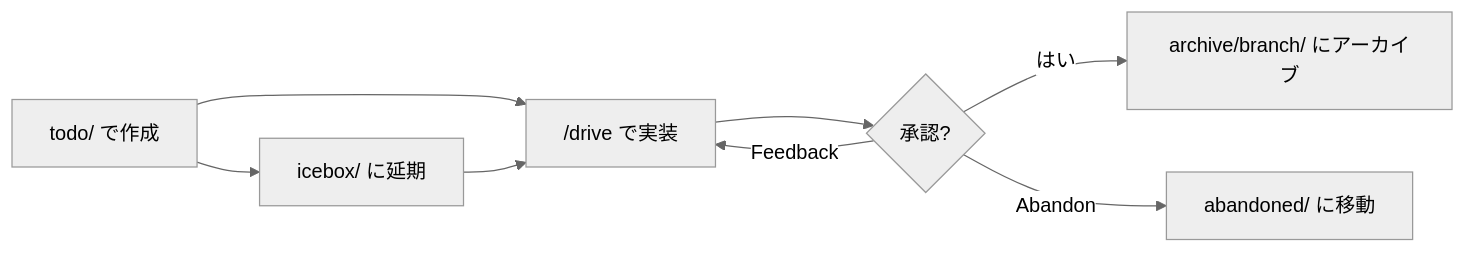
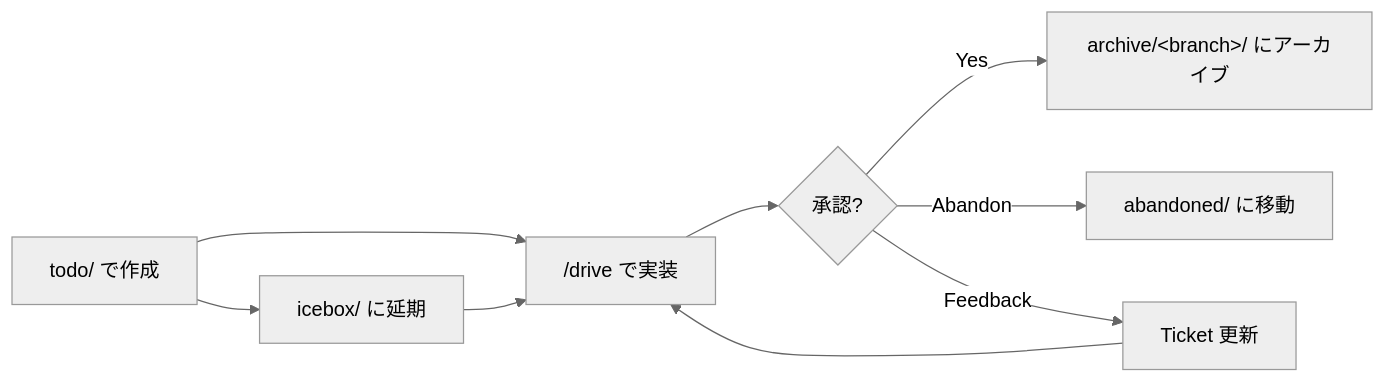
One commit to qmu/workaholic changed the third of 6 diagrams in .workaholic/specs/data_ja.md. Above: the diagram before and after it, drawn with Mermaid (neutral theme). The commit also changed other lines of this file and 42 other files, not shown here.

````diff
--- a/.workaholic/specs/data_ja.md
+++ b/.workaholic/specs/data_ja.md
@@ -74,10 +366,11 @@
 ```mermaid
 flowchart LR
-    Create["todo/ で作成"] --> Implement["/drive で実装"]
-    Implement --> Approve{"承認?"}
-    Approve -->|はい| Archive[archive/branch/ にアーカイブ]
-    Approve -->|Abandon| Abandoned[abandoned/ に移動]
-    Approve -->|Feedback| Implement
-    Create --> Icebox[icebox/ に延期]
-    Icebox --> Implement
+    Create["todo/ で作成"] --> Drive["/drive で実装"]
+    Drive --> Approve{承認?}
+    Approve -->|Yes| Archive["archive/&lt;branch&gt;/ にアーカイブ"]
+    Approve -->|Abandon| Abandoned["abandoned/ に移動"]
+    Approve -->|Feedback| Update["Ticket 更新"]
+    Update --> Drive
+    Create --> Icebox["icebox/ に延期"]
+    Icebox --> Drive
 ```
````
